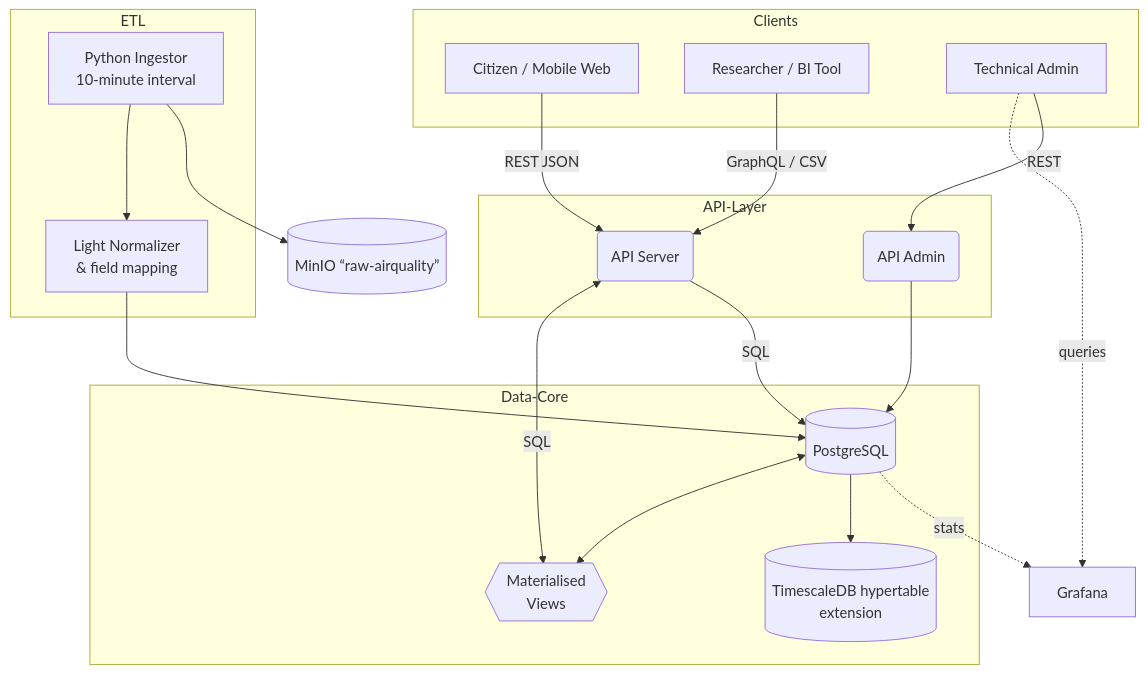
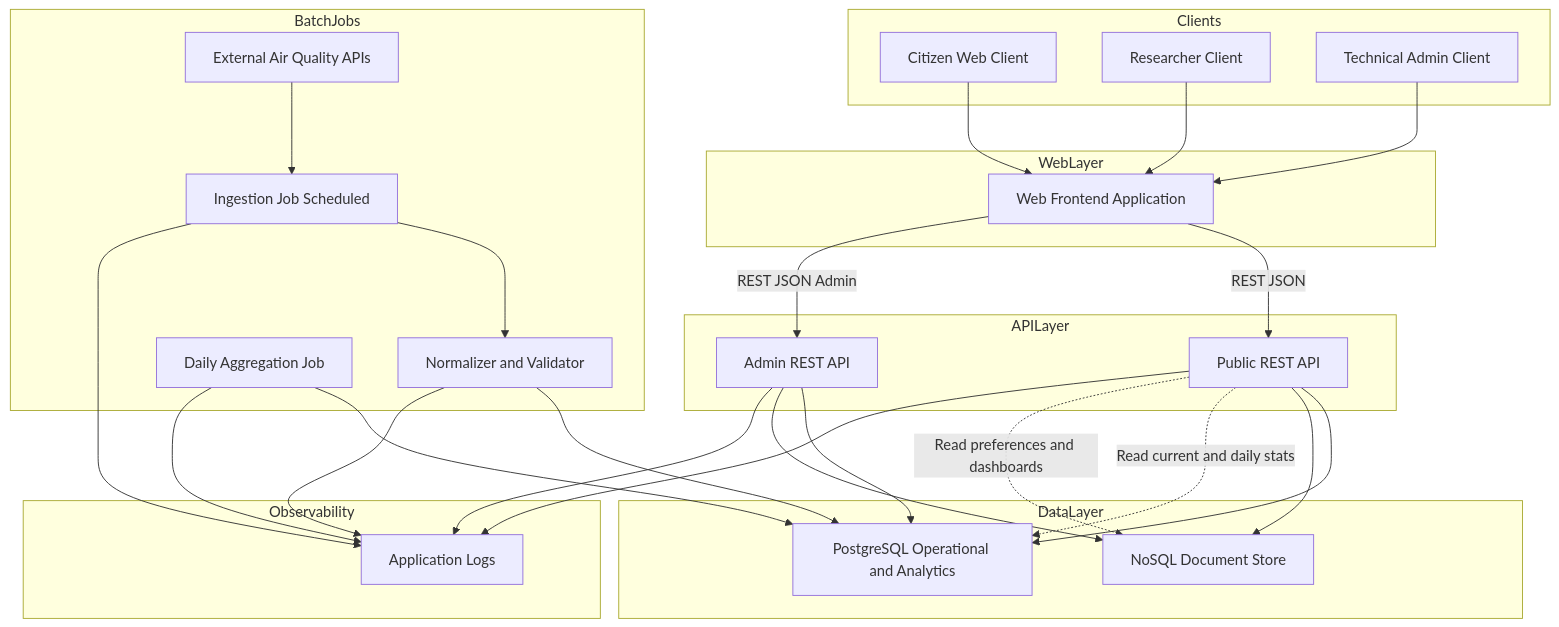
Before and after one commit to DarcanoS/Database-II: the diagram in docs/Database_Architecture/Database_Architecture.mermaid, drawn with Mermaid.

Commit message:
Update: Refactor Database Architecture diagram to enhance clarity and detail, including new components for web frontend, API layer, and observability.

```diff
--- a/docs/Database_Architecture/Database_Architecture.mermaid
+++ b/docs/Database_Architecture/Database_Architecture.mermaid
@@ -1,44 +1,71 @@
-flowchart TD
-  subgraph Clients
-    Citizen[Citizen&nbsp;/&nbsp;Mobile&nbsp;Web]
-    Researcher[Researcher&nbsp;/&nbsp;BI Tool]
-    Admin[Technical&nbsp;Admin]
-  end
+graph TD
+    %% CLIENTS
+    subgraph Clients
+        CitizenWeb[Citizen Web Client]
+        Researcher[Researcher Client]
+        Admin[Technical Admin Client]
+    end
 
-  subgraph API-Layer
-    api_main(API Server)
-    admin_api(API Admin)
-  end
+    %% WEB FRONTEND
+    subgraph WebLayer
+        WebFrontend[Web Frontend Application]
+    end
 
-  subgraph Data-Core
-    PG[(PostgreSQL)]
-    MV{{Materialised<br/>Views}}
-    TSDB[(TimescaleDB hypertable<br/>extension)]  
-  end
+    %% API LAYER
+    subgraph APILayer
+        ApiPublic[Public REST API]
+        ApiAdmin[Admin REST API]
+    end
 
-  subgraph ETL
-    Ingestor[Python Ingestor<br/>10-minute interval]
-    Normalizer[Light Normalizer<br/>&amp; field mapping]
-  end
+    %% DATA CORE
+    subgraph DataLayer
+        PG[PostgreSQL Operational and Analytics]
+        NoSQL[NoSQL Document Store]
+    end
 
-  MinIO[(MinIO “raw-airquality”)]
-  Grafana[Grafana]
+    %% BATCH JOBS
+    subgraph BatchJobs
+        ExternalAPI[External Air Quality APIs]
+        IngestionJob[Ingestion Job Scheduled]
+        Normalizer[Normalizer and Validator]
+        DailyAgg[Daily Aggregation Job]
+    end
 
-  api_main -->|SQL| PG
-  api_main <-->|SQL| MV
+    %% OBSERVABILITY
+    subgraph Observability
+        AppLogs[Application Logs]
+    end
 
-  admin_api --> PG
+    %% CLIENTS -> WEB
+    CitizenWeb --> WebFrontend
+    Researcher --> WebFrontend
+    Admin --> WebFrontend
 
-  Citizen -->|REST JSON| api_main
-  Researcher -->|GraphQL / CSV| api_main
-  Admin --> |REST| admin_api
-  Admin -. queries .-> Grafana
+    %% WEB -> API
+    WebFrontend -->|REST JSON| ApiPublic
+    WebFrontend -->|REST JSON Admin| ApiAdmin
 
+    %% API -> DATA
+    ApiPublic --> PG
+    ApiPublic --> NoSQL
+    ApiAdmin --> PG
+    ApiAdmin --> NoSQL
 
-  Ingestor --> MinIO
-  Ingestor --> Normalizer
-  Normalizer --> PG
-  PG -. stats .-> Grafana
+    %% INGESTION FLOW
+    ExternalAPI --> IngestionJob
+    IngestionJob --> Normalizer
+    Normalizer --> PG
 
-  PG --> TSDB
-  PG <--> MV
+    %% DAILY AGGREGATION
+    DailyAgg --> PG
+
+    %% API READS
+    ApiPublic -. Read current and daily stats .-> PG
+    ApiPublic -. Read preferences and dashboards .-> NoSQL
+
+    %% LOGS
+    ApiPublic --> AppLogs
+    ApiAdmin --> AppLogs
+    IngestionJob --> AppLogs
+    Normalizer --> AppLogs
+    DailyAgg --> AppLogs
```
